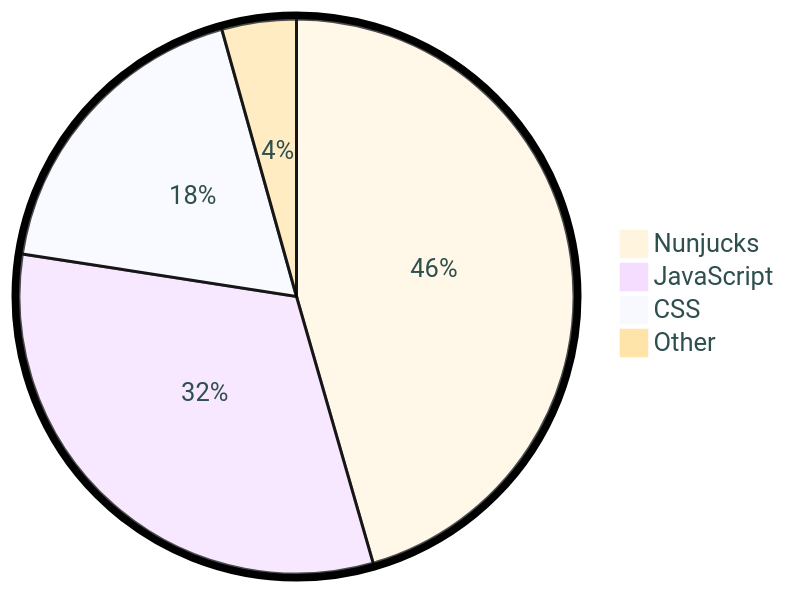
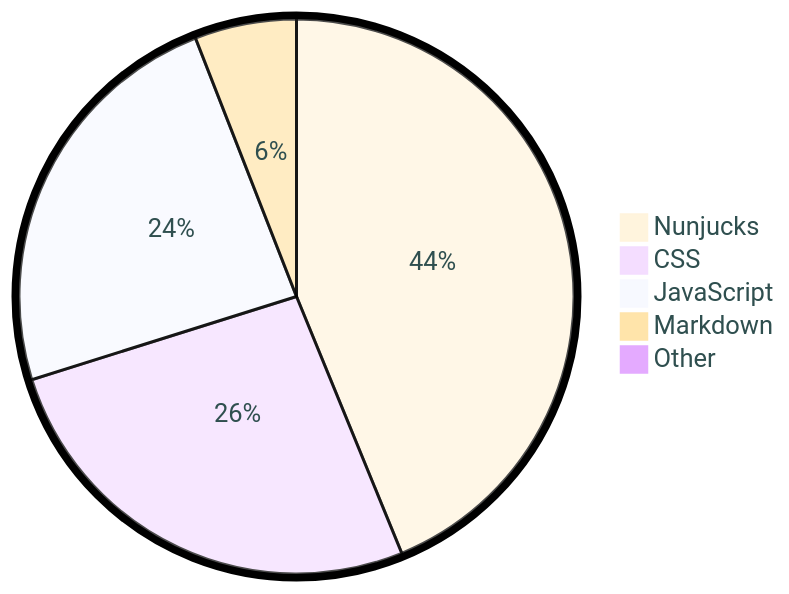
Before and after one commit to tot0p/tot0p: the diagram in README.md, drawn with Mermaid. The commit also changed other lines of this file, not shown here.

````diff
--- a/README.md
+++ b/README.md
@@ -118,8 +117,9 @@
 ```mermaid
 %%{init: {"pie": {"textPosition": 0.5}, "themeVariables": {"pieOuterStrokeWidth": "5px","primaryTextColor" : "#2F4F4F"},"theme":"base"} }%%
 pie
-	"Nunjucks": 45.55
-	"JavaScript": 31.91
-	"CSS": 18.21
-	"Other": 4.34
+	"Nunjucks": 43.8
+	"CSS": 26.34
+	"JavaScript": 23.91
+	"Markdown": 5.93
+	"Other": 0.02
 ```
````
